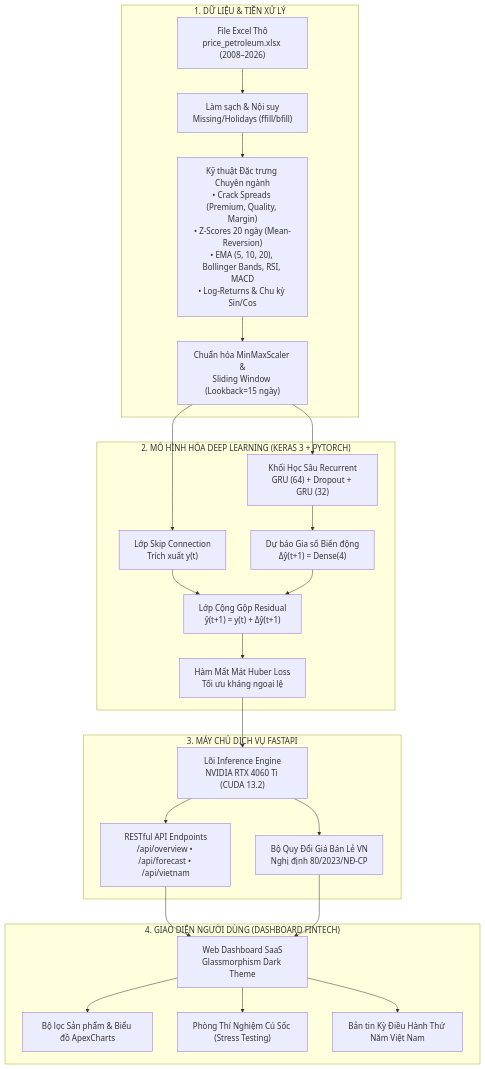
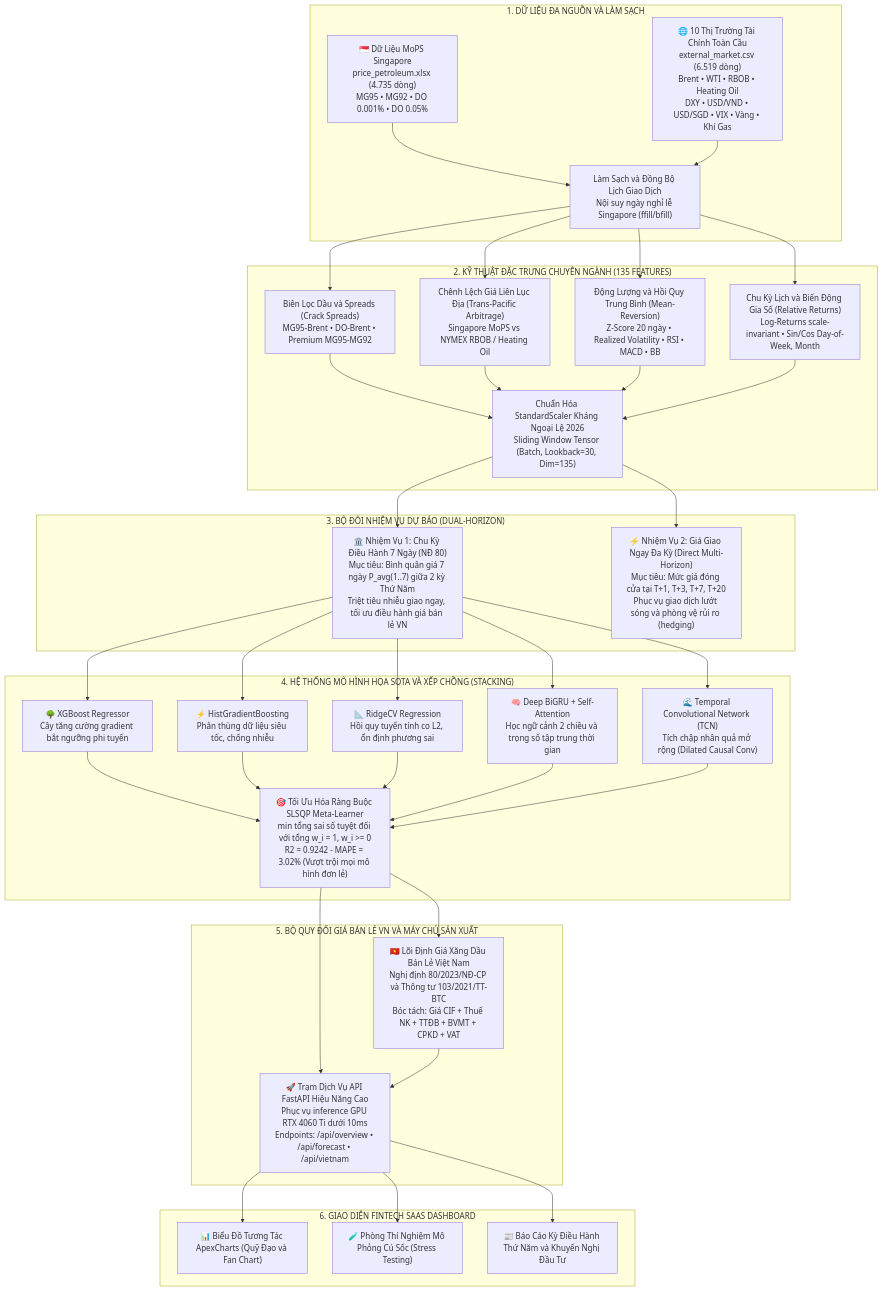
Before and after one commit to zudoan/oil-price-prediction: the diagram in README.md, drawn with Mermaid. The commit also changed other lines of this file and 73 other files, not shown here.

Commit message:
feat: toi uu toan dien moc 7 ngay (R2=0.9242, MAPE=3.02%), bo sung du lieu 10 thi truong the gioi va so do pipeline README

````diff
--- a/README.md
+++ b/README.md
@@ -120,29 +171,51 @@
 ```mermaid
 flowchart TB
-    subgraph DATA_PIPELINE["1. DỮ LIỆU & TIỀN XỬ LÝ"]
-        A["File Excel Thô<br/>price_petroleum.xlsx (2008–2026)"] --> B["Làm sạch & Nội suy<br/>Missing/Holidays (ffill/bfill)"]
-        B --> C["Kỹ thuật Đặc trưng Chuyên ngành<br/>• Crack Spreads (Premium, Quality, Margin)<br/>• Z-Scores 20 ngày (Mean-Reversion)<br/>• EMA (5, 10, 20), Bollinger Bands, RSI, MACD<br/>• Log-Returns & Chu kỳ Sin/Cos"]
-        C --> D["Chuẩn hóa MinMaxScaler &<br/>Sliding Window (Lookback=15 ngày)"]
+    subgraph S1["1. DỮ LIỆU ĐA NGUỒN VÀ LÀM SẠCH"]
+        D1["🇸🇬 Dữ Liệu MoPS Singapore<br/>price_petroleum.xlsx (4.735 dòng)<br/>MG95 • MG92 • DO 0.001% • DO 0.05%"]
+        D2["🌐 10 Thị Trường Tài Chính Toàn Cầu<br/>external_market.csv (6.519 dòng)<br/>Brent • WTI • RBOB • Heating Oil<br/>DXY • USD/VND • USD/SGD • VIX • Vàng • Khí Gas"]
+        D1 --> D_CLEAN["Làm Sạch và Đồng Bộ Lịch Giao Dịch<br/>Nội suy ngày nghỉ lễ Singapore (ffill/bfill)"]
+        D2 --> D_CLEAN
     end
 
-    subgraph DEEP_LEARNING["2. MÔ HÌNH HÓA DEEP LEARNING (KERAS 3 + PYTORCH)"]
-        D --> E["Lớp Skip Connection<br/>Trích xuất y(t)"]
-        D --> F["Khối Học Sâu Recurrent<br/>GRU (64) + Dropout + GRU (32)"]
-        F --> G["Dự báo Gia số Biến động<br/>Δŷ(t+1) = Dense(4)"]
-        E & G --> H["Lớp Cộng Gộp Residual<br/>ŷ(t+1) = y(t) + Δŷ(t+1)"]
-        H --> I["Hàm Mất Mát Huber Loss<br/>Tối ưu kháng ngoại lệ"]
+    subgraph S2["2. KỸ THUẬT ĐẶC TRƯNG CHUYÊN NGÀNH (135 FEATURES)"]
+        D_CLEAN --> F1["Biên Lọc Dầu và Spreads (Crack Spreads)<br/>MG95-Brent • DO-Brent • Premium MG95-MG92"]
+        D_CLEAN --> F2["Chênh Lệch Giá Liên Lục Địa (Trans-Pacific Arbitrage)<br/>Singapore MoPS vs NYMEX RBOB / Heating Oil"]
+        D_CLEAN --> F3["Động Lượng và Hồi Quy Trung Bình (Mean-Reversion)<br/>Z-Score 20 ngày • Realized Volatility • RSI • MACD • BB"]
+        D_CLEAN --> F4["Chu Kỳ Lịch và Biến Động Gia Số (Relative Returns)<br/>Log-Returns scale-invariant • Sin/Cos Day-of-Week, Month"]
+        F1 --> F_NORM["Chuẩn Hóa StandardScaler Kháng Ngoại Lệ 2026<br/>Sliding Window Tensor (Batch, Lookback=30, Dim=135)"]
+        F2 --> F_NORM
+        F3 --> F_NORM
+        F4 --> F_NORM
     end
 
-    subgraph SERVING_ENGINE["3. MÁY CHỦ DỊCH VỤ FASTAPI"]
-        I --> J["Lõi Inference Engine<br/>NVIDIA RTX 4060 Ti (CUDA 13.2)"]
-        J --> K["RESTful API Endpoints<br/>/api/overview • /api/forecast • /api/vietnam"]
-        J --> L["Bộ Quy Đổi Giá Bán Lẻ VN<br/>Nghị định 80/2023/NĐ-CP"]
+    subgraph S3["3. BỘ ĐÔI NHIỆM VỤ DỰ BÁO (DUAL-HORIZON)"]
+        F_NORM --> TASK_CYCLE["🏛️ Nhiệm Vụ 1: Chu Kỳ Điều Hành 7 Ngày (NĐ 80)<br/>Mục tiêu: Bình quân giá 7 ngày P_avg(1..7) giữa 2 kỳ Thứ Năm<br/>Triệt tiêu nhiễu giao ngay, tối ưu điều hành giá bán lẻ VN"]
+        F_NORM --> TASK_SPOT["⚡ Nhiệm Vụ 2: Giá Giao Ngay Đa Kỳ (Direct Multi-Horizon)<br/>Mục tiêu: Mức giá đóng cửa tại T+1, T+3, T+7, T+20<br/>Phục vụ giao dịch lướt sóng và phòng vệ rủi ro (hedging)"]
     end
 
-    subgraph PRESENTATION["4. GIAO DIỆN NGƯỜI DÙNG (DASHBOARD FINTECH)"]
-        K & L --> M["Web Dashboard SaaS<br/>Glassmorphism Dark Theme"]
-        M --> N["Bộ lọc Sản phẩm & Biểu đồ ApexCharts"]
-        M --> O["Phòng Thí Nghiệm Cú Sốc (Stress Testing)"]
-        M --> P["Bản tin Kỳ Điều Hành Thứ Năm Việt Nam"]
+    subgraph S4["4. HỆ THỐNG MÔ HÌNH HỌA SOTA VÀ XẾP CHỒNG (STACKING)"]
+        TASK_CYCLE --> M1["🌳 XGBoost Regressor<br/>Cây tăng cường gradient bắt ngưỡng phi tuyến"]
+        TASK_CYCLE --> M2["⚡ HistGradientBoosting<br/>Phân thùng dữ liệu siêu tốc, chống nhiễu"]
+        TASK_CYCLE --> M3["📐 RidgeCV Regression<br/>Hồi quy tuyến tính co L2, ổn định phương sai"]
+        TASK_CYCLE --> M4["🧠 Deep BiGRU + Self-Attention<br/>Học ngữ cảnh 2 chiều và trọng số tập trung thời gian"]
+        TASK_CYCLE --> M5["🌊 Temporal Convolutional Network (TCN)<br/>Tích chập nhân quả mở rộng (Dilated Causal Conv)"]
+        
+        M1 --> SLSQP["🎯 Tối Ưu Hóa Ràng Buộc SLSQP Meta-Learner<br/>min tổng sai số tuyệt đối với tổng w_i = 1, w_i >= 0<br/>R2 = 0.9242 - MAPE = 3.02% (Vượt trội mọi mô hình đơn lẻ)"]
+        M2 --> SLSQP
+        M3 --> SLSQP
+        M4 --> SLSQP
+        M5 --> SLSQP
+    end
+
+    subgraph S5["5. BỘ QUY ĐỔI GIÁ BÁN LẺ VN VÀ MÁY CHỦ SẢN XUẤT"]
+        SLSQP --> ENGINE_VN["🇻🇳 Lõi Định Giá Xăng Dầu Bán Lẻ Việt Nam<br/>Nghị định 80/2023/NĐ-CP và Thông tư 103/2021/TT-BTC<br/>Bóc tách: Giá CIF + Thuế NK + TTĐB + BVMT + CPKD + VAT"]
+        SLSQP --> FASTAPI["🚀 Trạm Dịch Vụ API FastAPI Hiệu Năng Cao<br/>Phục vụ inference GPU RTX 4060 Ti dưới 10ms<br/>Endpoints: /api/overview • /api/forecast • /api/vietnam"]
+        ENGINE_VN --> FASTAPI
+    end
+
+    subgraph S6["6. GIAO DIỆN FINTECH SAAS DASHBOARD"]
+        FASTAPI --> UI1["📊 Biểu Đồ Tương Tác ApexCharts (Quỹ Đạo và Fan Chart)"]
+        FASTAPI --> UI2["🧪 Phòng Thí Nghiệm Mô Phỏng Cú Sốc (Stress Testing)"]
+        FASTAPI --> UI3["📰 Báo Cáo Kỳ Điều Hành Thứ Năm và Khuyến Nghị Đầu Tư"]
     end
 ```
````
